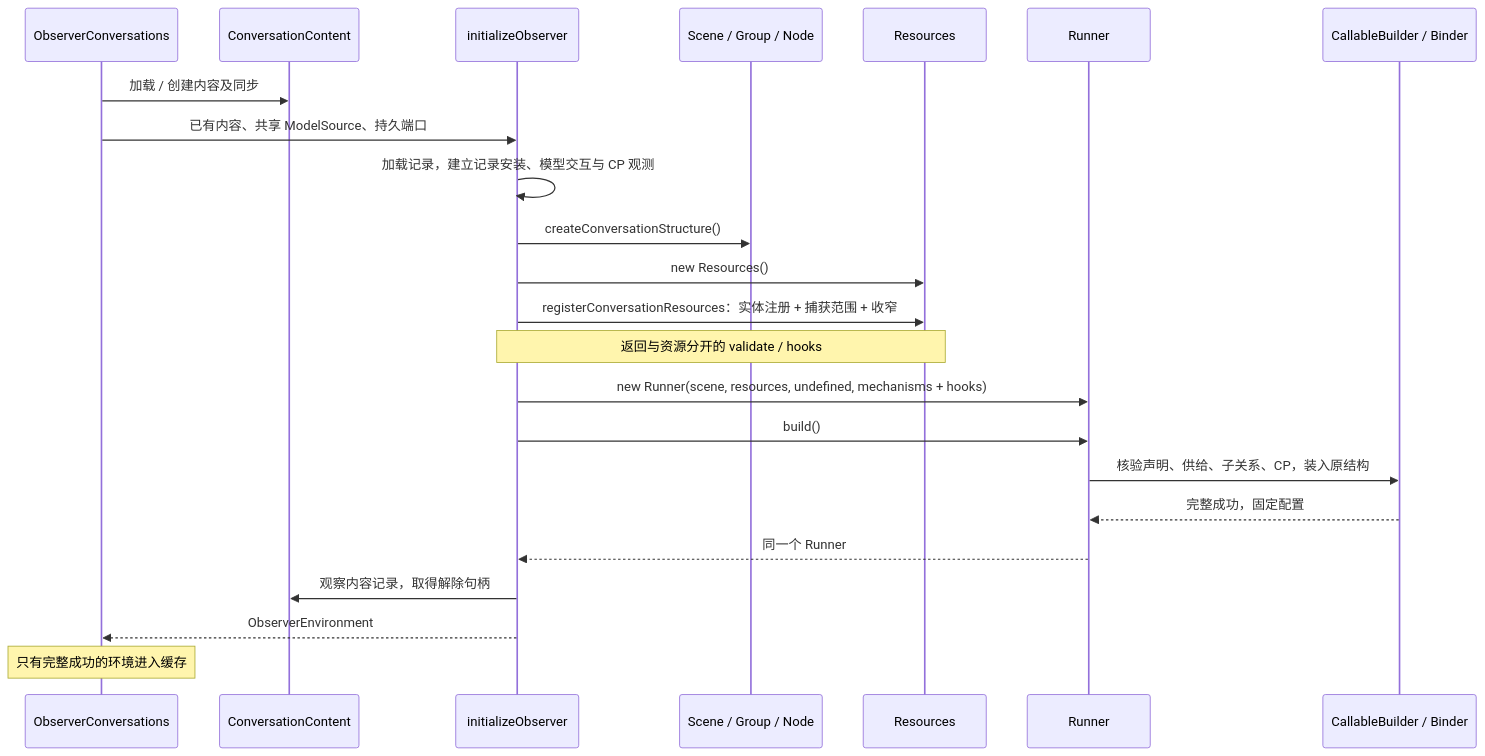
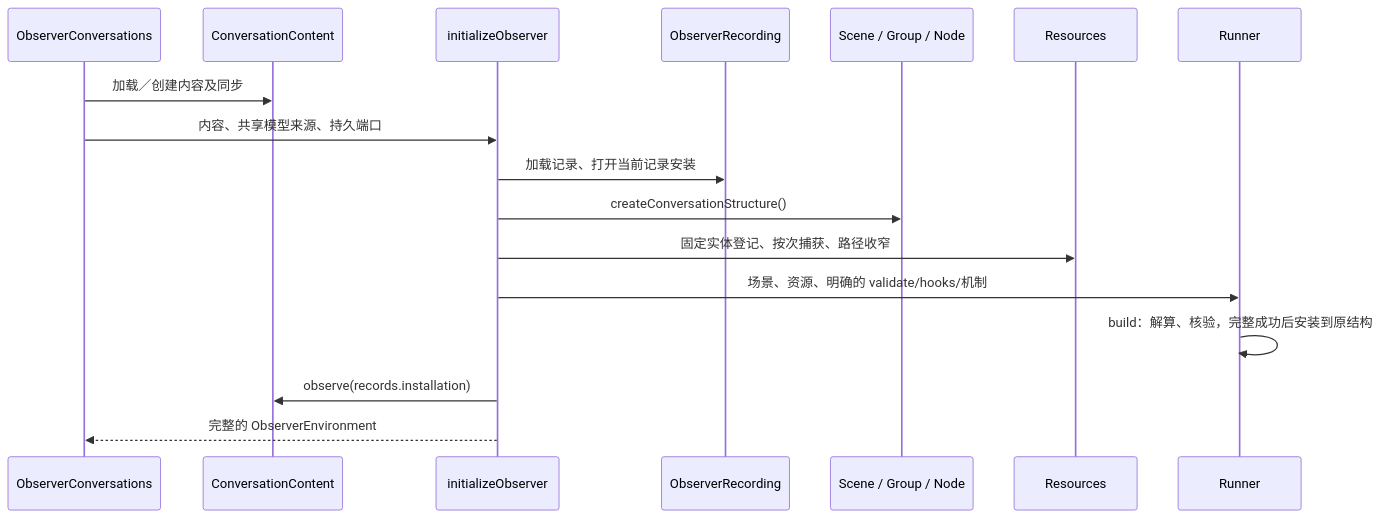
One commit to weiliang0121/capix changed the first of 2 diagrams in docs/service-assembly.md. Above: the diagram before and after it, drawn with Mermaid. The commit also changed other lines of this file and 129 other files, not shown here.

````diff
--- a/docs/service-assembly.md
+++ b/docs/service-assembly.md
@@ -22,25 +53,19 @@
 ```mermaid
 sequenceDiagram
     participant Host as ObserverConversations
     participant Content as ConversationContent
     participant Init as initializeObserver
+    participant Records as ObserverRecording
     participant Structure as Scene / Group / Node
     participant Resources
     participant Runner
-    participant Kernel as CallableBuilder / Binder
-    Host->>Content: 加载 / 创建内容及同步
-    Host->>Init: 已有内容、共享 ModelSource、持久端口
-    Init->>Init: 加载记录，建立记录安装、模型交互与 CP 观测
+    Host->>Content: 加载／创建内容及同步
+    Host->>Init: 内容、共享模型来源、持久端口
+    Init->>Records: 加载记录、打开当前记录安装
     Init->>Structure: createConversationStructure()
-    Init->>Resources: new Resources()
-    Init->>Resources: registerConversationResources：实体注册 + 捕获范围 + 收窄
-    Note over Init,Resources: 返回与资源分开的 validate / hooks
-    Init->>Runner: new Runner(scene, resources, undefined, mechanisms + hooks)
-    Init->>Runner: build()
-    Runner->>Kernel: 核验声明、供给、子关系、CP，装入原结构
-    Kernel-->>Runner: 完整成功，固定配置
-    Runner-->>Init: 同一个 Runner
-    Init->>Content: 观察内容记录，取得解除句柄
-    Init-->>Host: ObserverEnvironment
-    Note over Host: 只有完整成功的环境进入缓存
+    Init->>Resources: 固定实体登记、按次捕获、路径收窄
+    Init->>Runner: 场景、资源、明确的 validate/hooks/机制
+    Runner->>Runner: build：解算、核验，完整成功后安装到原结构
+    Init->>Content: observe(records.installation)
+    Init-->>Host: 完整的 ObserverEnvironment
 ```
````
